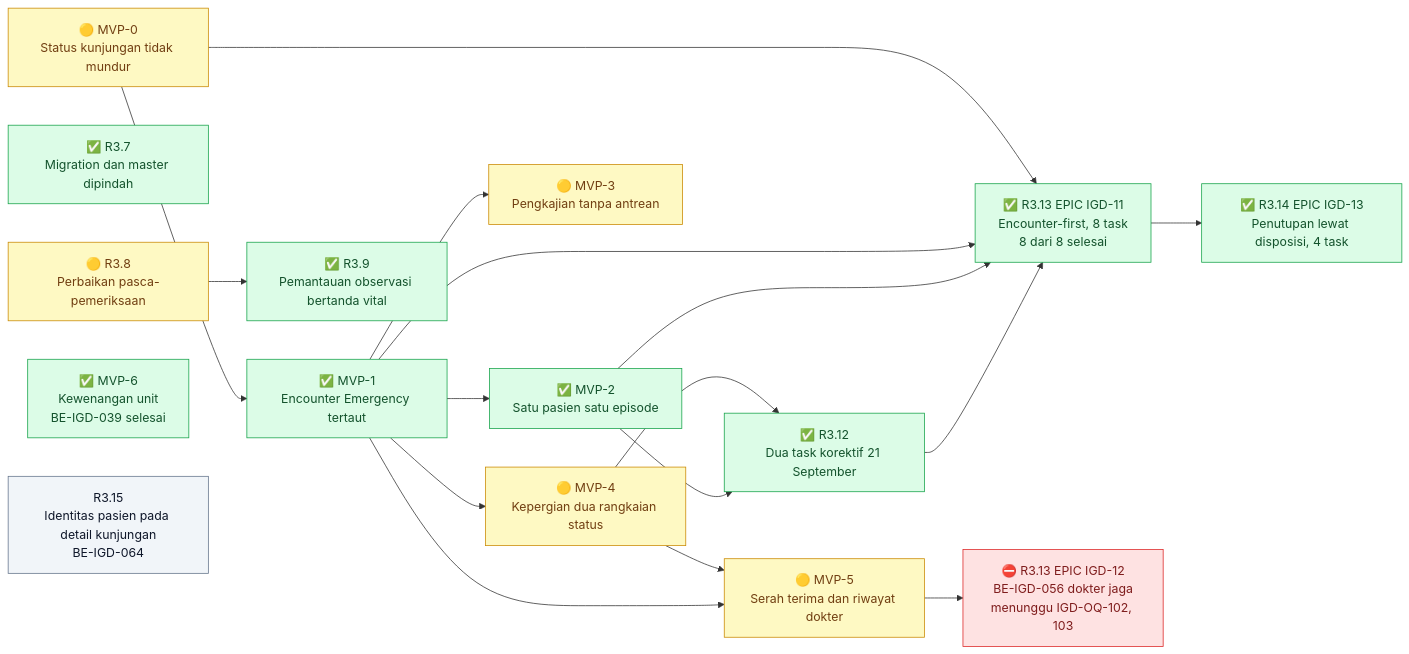
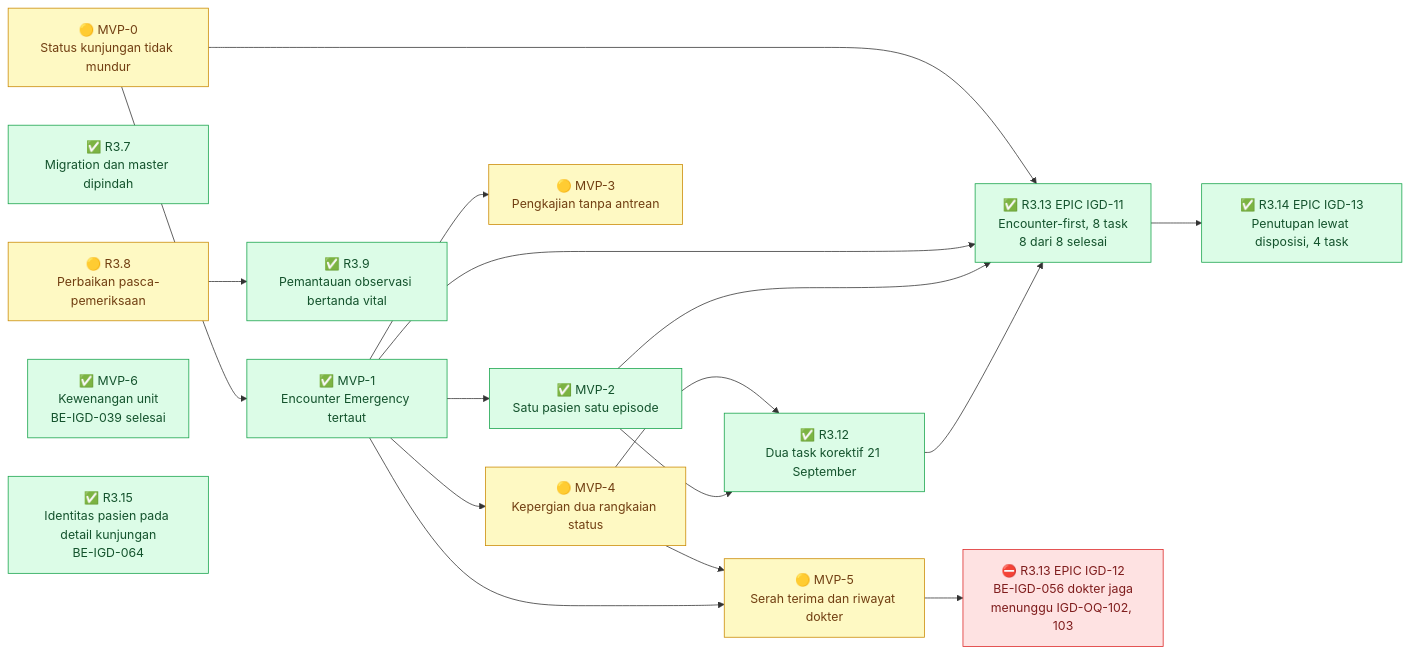
The first of 13 diagrams in docs/module-blueprints/igd/roadmap/backend-roadmap.md (DevBenari/NewQuilvianSystemBackend), drawn with Mermaid before and after one commit. The commit also changed other lines of this file and 12 other files, not shown here.

Commit message:
memperbaiki igd tranfer pasien

````diff
--- a/docs/module-blueprints/igd/roadmap/backend-roadmap.md
+++ b/docs/module-blueprints/igd/roadmap/backend-roadmap.md
@@ -113,40 +113,40 @@
 ```mermaid
 flowchart LR
     classDef selesai fill:#DCFCE7,stroke:#16A34A,color:#14532D
     classDef sebagian fill:#FEF9C3,stroke:#CA8A04,color:#713F12
     classDef terblokir fill:#FEE2E2,stroke:#DC2626,color:#7F1D1D
     classDef belum fill:#F1F5F9,stroke:#64748B,color:#0F172A
     classDef luar fill:#EDE9FE,stroke:#7C3AED,color:#3B0764
 
     MVP0["🟡 MVP-0<br/>Status kunjungan tidak mundur"]:::sebagian
     MVP1["✅ MVP-1<br/>Encounter Emergency tertaut"]:::selesai
     MVP2["✅ MVP-2<br/>Satu pasien satu episode"]:::selesai
     MVP3["🟡 MVP-3<br/>Pengkajian tanpa antrean"]:::sebagian
     MVP4["🟡 MVP-4<br/>Kepergian dua rangkaian status"]:::sebagian
     MVP5["🟡 MVP-5<br/>Serah terima dan riwayat dokter"]:::sebagian
     R37["✅ R3.7<br/>Migration dan master dipindah"]:::selesai
     R38["🟡 R3.8<br/>Perbaikan pasca-pemeriksaan"]:::sebagian
     R39["✅ R3.9<br/>Pemantauan observasi bertanda vital"]:::selesai
     R312["✅ R3.12<br/>Dua task korektif 21 September"]:::selesai
     R313["✅ R3.13 EPIC IGD-11<br/>Encounter-first, 8 task<br/>8 dari 8 selesai"]:::selesai
     R313S7["⛔ R3.13 EPIC IGD-12<br/>BE-IGD-056 dokter jaga<br/>menunggu IGD-OQ-102, 103"]:::terblokir
     R314["✅ R3.14 EPIC IGD-13<br/>Penutupan lewat disposisi, 4 task"]:::selesai
     MVP6["✅ MVP-6<br/>Kewenangan unit<br/>BE-IGD-039 selesai"]:::selesai
-    R315["R3.15<br/>Identitas pasien pada detail kunjungan<br/>BE-IGD-064"]:::belum
+    R315["✅ R3.15<br/>Identitas pasien pada detail kunjungan<br/>BE-IGD-064"]:::selesai
 
     MVP0 --> MVP1
     MVP1 --> MVP2
     MVP1 --> MVP3
     MVP1 --> MVP4
     MVP4 --> MVP5
     MVP1 --> MVP5
     MVP4 --> R312
     MVP2 --> R312
     MVP0 --> R313
     MVP1 --> R313
     MVP2 --> R313
     MVP5 --> R313S7
     R312 --> R313
     R313 --> R314
     R38 --> R39
 ```
````
